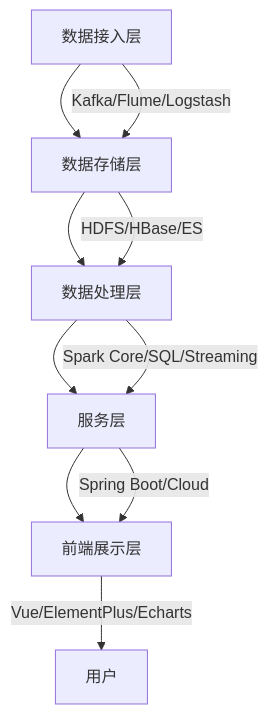
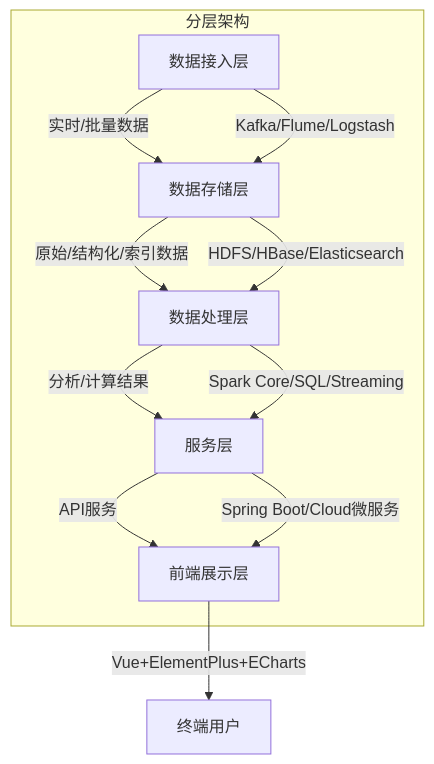
The diagram in README.md (weng-xiu/bigdataai), drawn with Mermaid before and after one commit. The commit also changed other lines of this file, not shown here.

Commit message:
docs: 更新README.md中的架构图及描述

````diff
--- a/README.md
+++ b/README.md
@@ -17,12 +17,14 @@
 ```mermaid
 flowchart TD
-    A[数据接入层] --> B[数据存储层]
-    B --> C[数据处理层]
-    C --> D[服务层]
-    D --> E[前端展示层]
+    subgraph 分层架构
+        A[数据接入层] -->|实时/批量数据| B[数据存储层]
+        B -->|原始/结构化/索引数据| C[数据处理层]
+        C -->|分析/计算结果| D[服务层]
+        D -->|API服务| E[前端展示层]
+    end
     A -->|Kafka/Flume/Logstash| B
-    B -->|HDFS/HBase/ES| C
+    B -->|HDFS/HBase/Elasticsearch| C
     C -->|Spark Core/SQL/Streaming| D
-    D -->|Spring Boot/Cloud| E
-    E -->|Vue/ElementPlus/Echarts| 用户
+    D -->|Spring Boot/Cloud微服务| E
+    E -->|Vue+ElementPlus+ECharts| 终端用户
 ```
````
